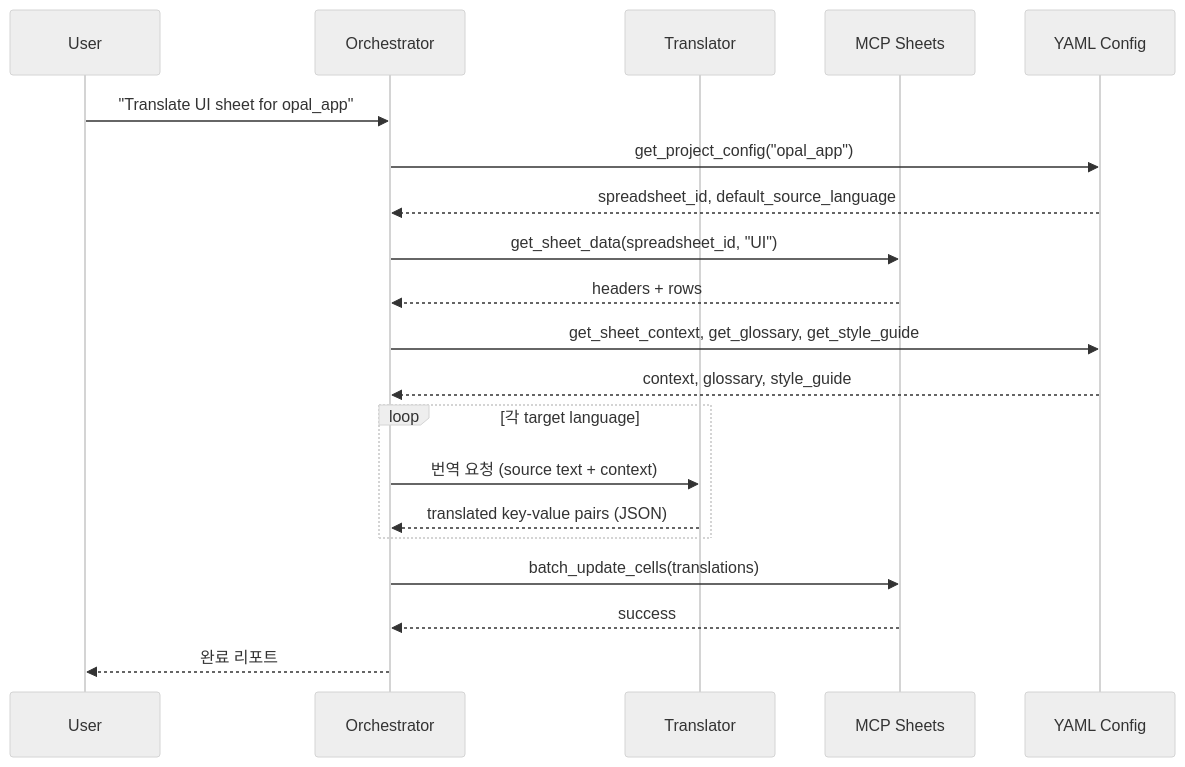
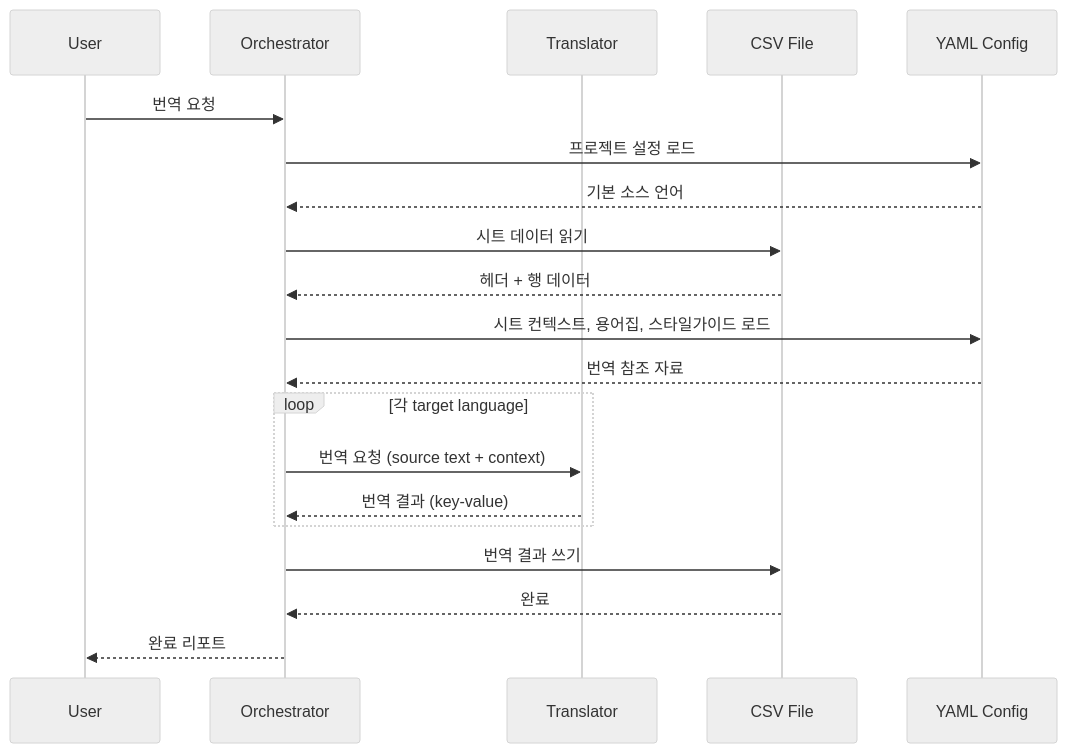
One commit to flashwade03/Translate-Agent-For-Unity-Game-Development-With-Gemini changed the diagram in docs/feature/agent-design.md. Above: the diagram before and after it, drawn with Mermaid (neutral theme). The commit also changed other lines of this file and 23 other files, not shown here.

First line of the commit message:
refactor: replace Google Sheets/MCP with local CSV file I/O

````diff
--- a/docs/feature/agent-design.md
+++ b/docs/feature/agent-design.md
@@ -36,23 +36,23 @@
 ```mermaid
 sequenceDiagram
     participant U as User
     participant O as Orchestrator
     participant T as Translator
-    participant MCP as MCP Sheets
+    participant CSV as CSV File
     participant Y as YAML Config
 
-    U->>O: "Translate UI sheet for opal_app"
-    O->>Y: get_project_config("opal_app")
-    Y-->>O: spreadsheet_id, default_source_language
-    O->>MCP: get_sheet_data(spreadsheet_id, "UI")
-    MCP-->>O: headers + rows
-    O->>Y: get_sheet_context, get_glossary, get_style_guide
-    Y-->>O: context, glossary, style_guide
+    U->>O: 번역 요청
+    O->>Y: 프로젝트 설정 로드
+    Y-->>O: 기본 소스 언어
+    O->>CSV: 시트 데이터 읽기
+    CSV-->>O: 헤더 + 행 데이터
+    O->>Y: 시트 컨텍스트, 용어집, 스타일가이드 로드
+    Y-->>O: 번역 참조 자료
     loop 각 target language
         O->>T: 번역 요청 (source text + context)
-        T-->>O: translated key-value pairs (JSON)
+        T-->>O: 번역 결과 (key-value)
     end
-    O->>MCP: batch_update_cells(translations)
-    MCP-->>O: success
+    O->>CSV: 번역 결과 쓰기
+    CSV-->>O: 완료
     O-->>U: 완료 리포트
 ```
````
